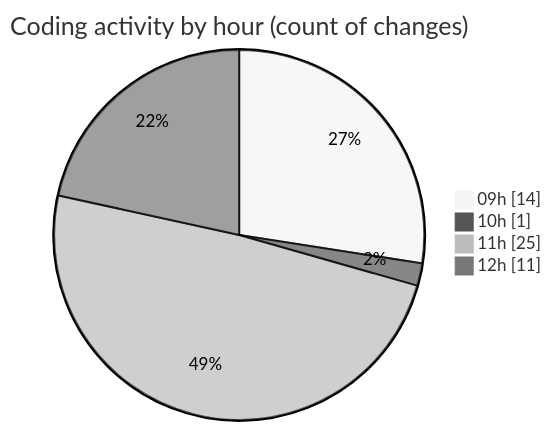
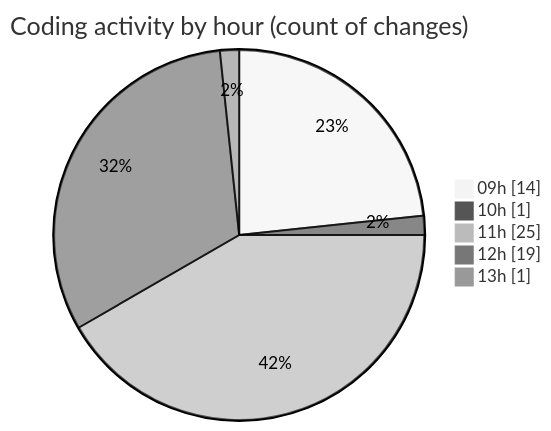
Before and after one commit to momahboobian/code-tracking: the second of 2 diagrams in 2025-12-05/cda/README.md, drawn with Mermaid (neutral theme). The commit also changed other lines of this file and 1 other file, not shown here.

````diff
--- a/2025-12-05/cda/README.md
+++ b/2025-12-05/cda/README.md
@@ -44,8 +46,9 @@
 ```mermaid
 pie showData
 title Coding activity by hour (count of changes)
 "09h" : 14
 "10h" : 1
 "11h" : 25
-"12h" : 11
+"12h" : 19
+"13h" : 1
 ```
````
